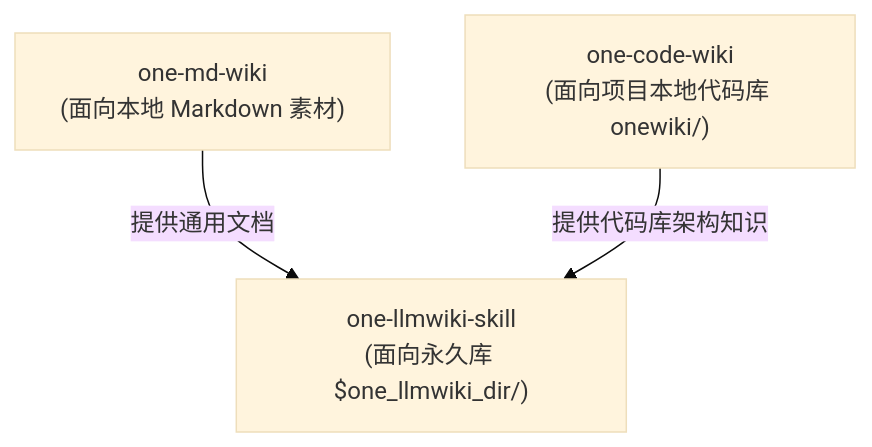
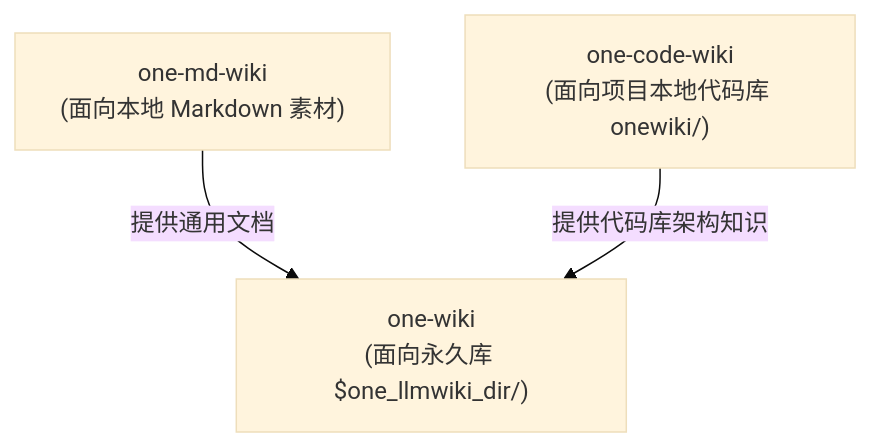
Before and after one commit to wupengbo125/one-skills: the diagram in onewiki/wiki-systems/llm-wiki.md, drawn with Mermaid (base theme). The commit also changed other lines of this file and 22 other files, not shown here.

First line of the commit message:
refactor(skill): 合并 llmwiki-skill 到 one-wiki，重命名 code-wiki-cn 和 md-wiki-cn

````diff
--- a/onewiki/wiki-systems/llm-wiki.md
+++ b/onewiki/wiki-systems/llm-wiki.md
@@ -24,9 +22,9 @@
 ```mermaid
 flowchart TD
-    LLMWiki["one-llmwiki-skill<br/>(面向永久库 $one_llmwiki_dir/)"] 
-    CodeWiki["one-code-wiki<br/>(面向项目本地代码库 onewiki/)"] 
+    LLMWiki["one-wiki<br/>(面向永久库 $one_llmwiki_dir/)"]
+    CodeWiki["one-code-wiki<br/>(面向项目本地代码库 onewiki/)"]
     MDWiki["one-md-wiki<br/>(面向本地 Markdown 素材)"]
 
     MDWiki -->|提供通用文档| LLMWiki
     CodeWiki -->|提供代码库架构知识| LLMWiki
 ```
````
